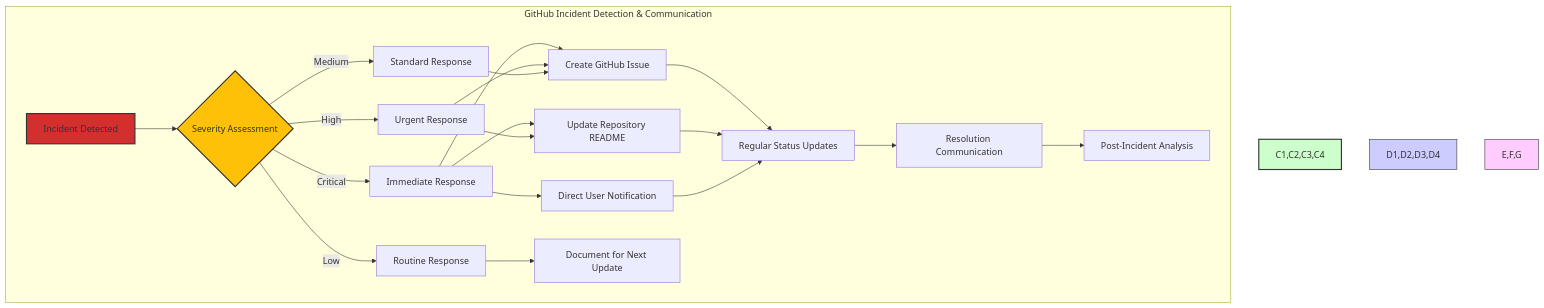
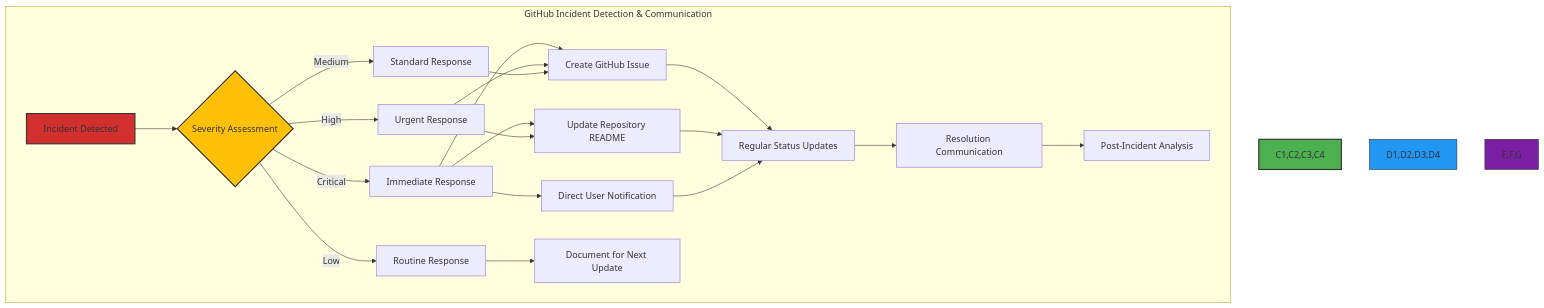
One commit to Hack23/cia-compliance-manager changed diagram 22 of 33 in docs/architecture/BCPPlan.md. Above: the diagram before and after it, drawn with Mermaid. The commit also changed other lines of this file, not shown here.

Commit message:
fix: resolve final non-standard colors in BCPPlan.md for 100% style guide compliance
Agent-Logs-Url: https://github.com/Hack23/cia-compliance-manager/sessions/760df458-e3ce-434a-9f36-a6412013af99

````diff
--- a/docs/architecture/BCPPlan.md
+++ b/docs/architecture/BCPPlan.md
@@ -868,35 +868,35 @@
 ```mermaid
 flowchart TD
     subgraph "GitHub Incident Detection & Communication"
         A[Incident Detected] --> B{Severity Assessment}
 
         B -->|"Critical"| C1[Immediate Response]
         B -->|"High"| C2[Urgent Response]
         B -->|"Medium"| C3[Standard Response]
         B -->|"Low"| C4[Routine Response]
 
         C1 --> D1[Create GitHub Issue]
         C1 --> D2[Update Repository README]
         C1 --> D3[Direct User Notification]
 
         C2 --> D1
         C2 --> D2
 
         C3 --> D1
 
         C4 --> D4[Document for Next Update]
 
         D1 --> E[Regular Status Updates]
         D2 --> E
         D3 --> E
 
         E --> F[Resolution Communication]
         F --> G[Post-Incident Analysis]
     end
 
     style A fill:#D32F2F,stroke:#333,stroke-width:2px
     style B fill:#FFC107,stroke:#333,stroke-width:2px
-    style C1,C2,C3,C4 fill:#ccffcc,stroke:#333,stroke-width:2px
-    style D1,D2,D3,D4 fill:#ccccff,stroke:#333,stroke-width:1px
-    style E,F,G fill:#ffccff,stroke:#333,stroke-width:1px
+    style C1,C2,C3,C4 fill:#4CAF50,stroke:#333,stroke-width:2px
+    style D1,D2,D3,D4 fill:#2196F3,stroke:#333,stroke-width:1px
+    style E,F,G fill:#7B1FA2,stroke:#333,stroke-width:1px
 ```
````
